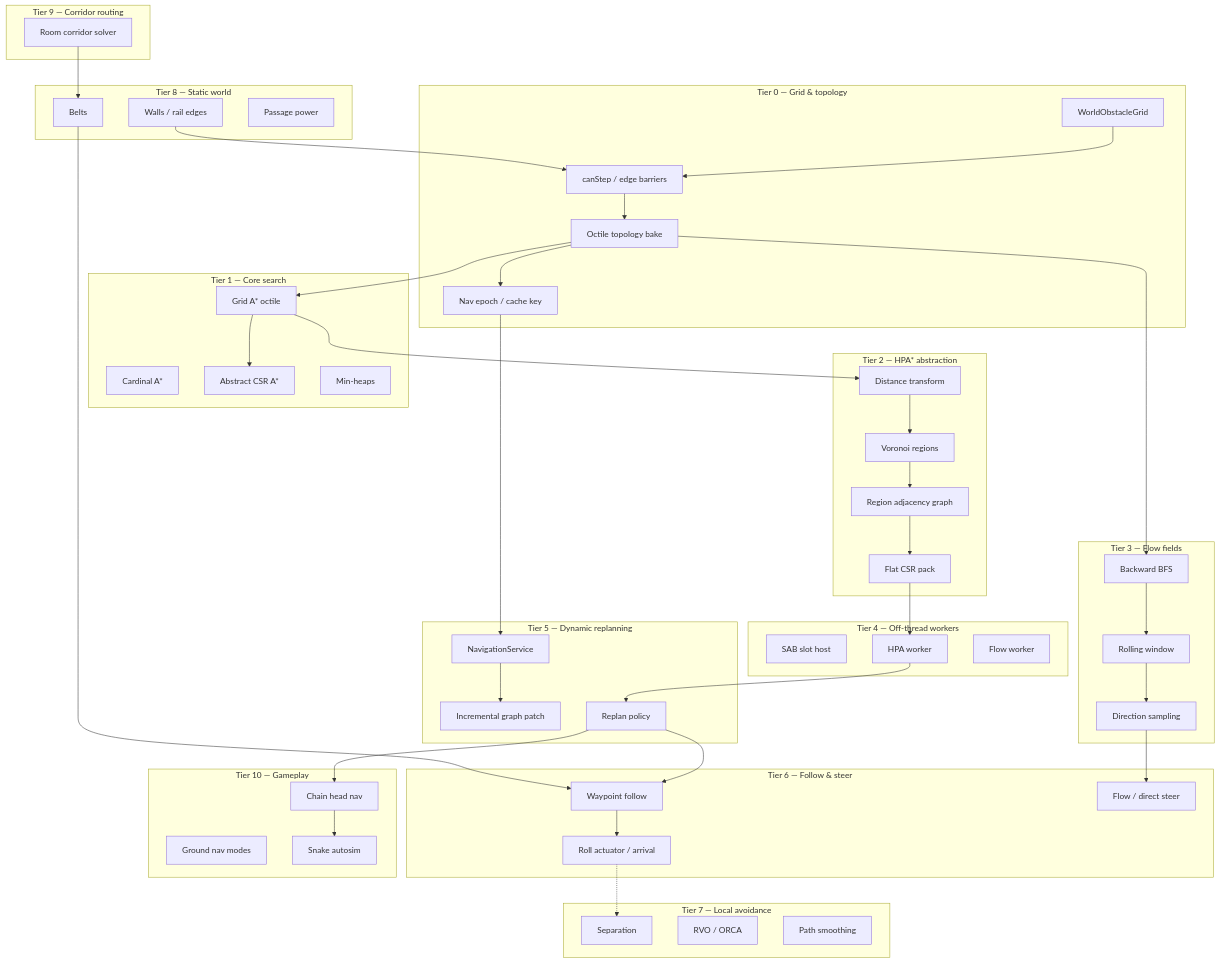
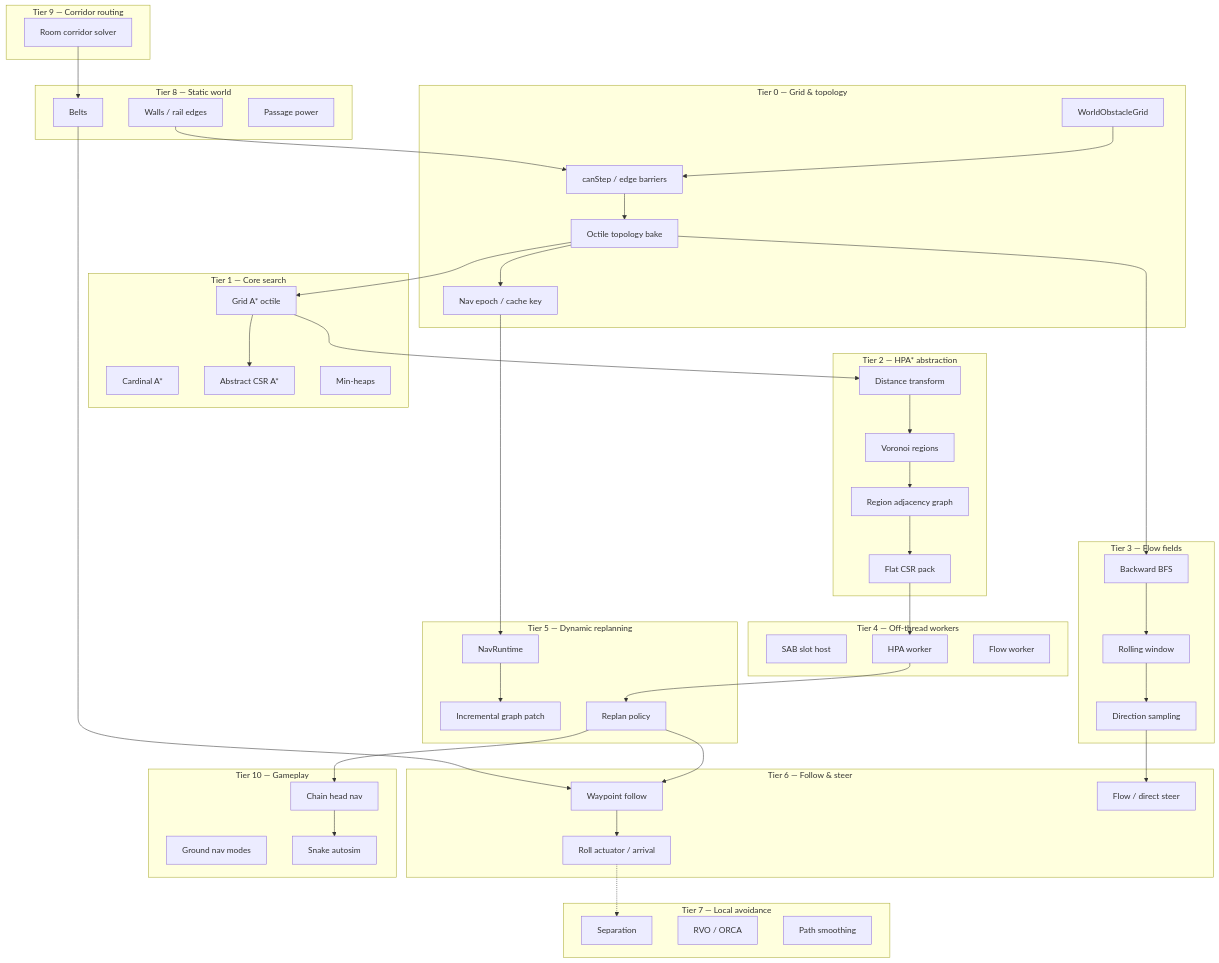
Before and after one commit to mistercatface/tower: the diagram in Plans/pathfinding.md, drawn with Mermaid. The commit also changed other lines of this file and 10 other files, not shown here.

````diff
--- a/Plans/pathfinding.md
+++ b/Plans/pathfinding.md
@@ -35,73 +35,73 @@
 ```mermaid
 flowchart TB
     subgraph T0["Tier 0 — Grid & topology"]
         A0[WorldObstacleGrid]
         A1[canStep / edge barriers]
         A2[Octile topology bake]
         A3[Nav epoch / cache key]
     end
     subgraph T1["Tier 1 — Core search"]
         B0[Grid A* octile]
         B1[Cardinal A*]
         B2[Abstract CSR A*]
         B3[Min-heaps]
     end
     subgraph T2["Tier 2 — HPA* abstraction"]
         C0[Distance transform]
         C1[Voronoi regions]
         C2[Region adjacency graph]
         C3[Flat CSR pack]
     end
     subgraph T3["Tier 3 — Flow fields"]
         D0[Backward BFS]
         D1[Rolling window]
         D2[Direction sampling]
     end
     subgraph T4["Tier 4 — Off-thread workers"]
         E0[SAB slot host]
         E1[HPA worker]
         E2[Flow worker]
     end
     subgraph T5["Tier 5 — Dynamic replanning"]
-        F0[NavigationService]
+        F0[NavRuntime]
         F1[Incremental graph patch]
         F2[Replan policy]
     end
     subgraph T6["Tier 6 — Follow & steer"]
         G0[Waypoint follow]
         G1[Roll actuator / arrival]
         G2[Flow / direct steer]
     end
     subgraph T7["Tier 7 — Local avoidance"]
         H0[Separation]
         H1[RVO / ORCA]
         H2[Path smoothing]
     end
     subgraph T8["Tier 8 — Static world"]
         I0[Walls / rail edges]
         I1[Belts]
         I2[Passage power]
     end
     subgraph T9["Tier 9 — Corridor routing"]
         J0[Room corridor solver]
     end
     subgraph T10["Tier 10 — Gameplay"]
         K0[Ground nav modes]
         K1[Chain head nav]
         K2[Snake autosim]
     end
 
     A0 --> A1 --> A2 --> A3
     A2 --> B0 --> B2
     B0 --> C0 --> C1 --> C2 --> C3
     A2 --> D0 --> D1 --> D2
     C3 --> E1
     A3 --> F0 --> F1
     E1 --> F2 --> G0 --> G1
     D2 --> G2
     G1 -.-> H0
     I0 --> A1
     I1 --> G0
     J0 --> I1
     F2 --> K1 --> K2
 ```
````
